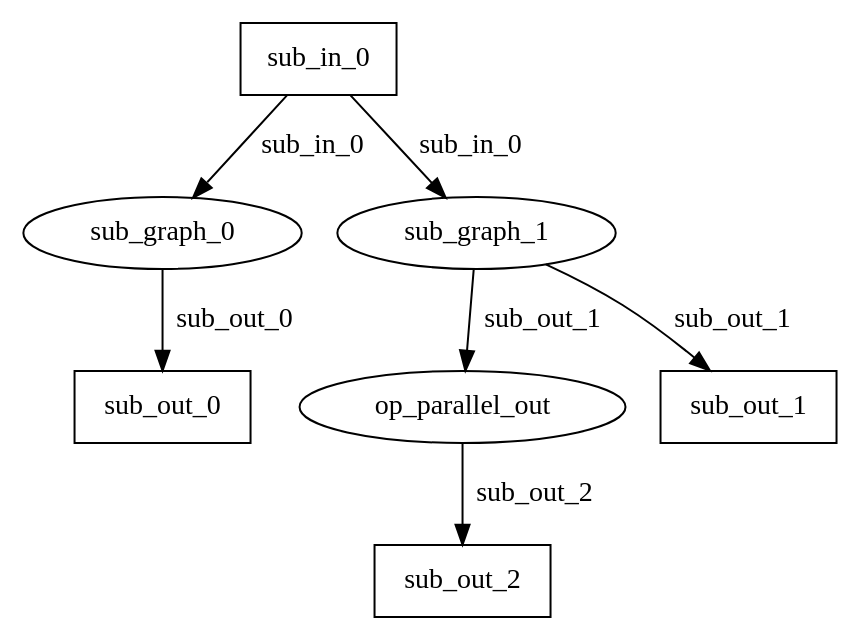
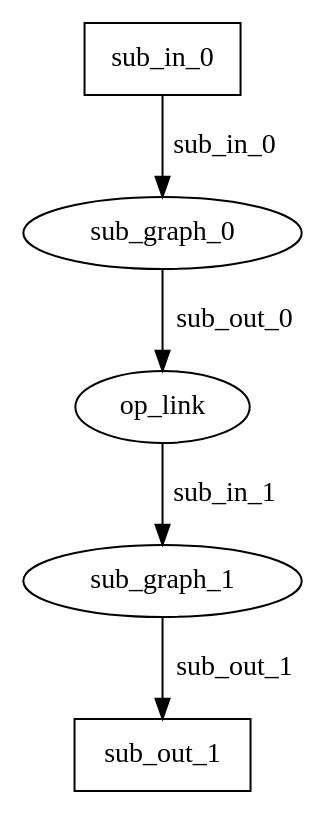
One commit to nndeploy/nndeploy changed the diagram in demo/dag/dag.dot. Above: the diagram before and after it, drawn with Graphviz. The commit also changed 4 other files, not shown here.

```diff
--- a/demo/dag/dag.dot
+++ b/demo/dag/dag.dot
@@ -1,15 +1,11 @@
-digraph par_graph {
-p00000044F238FDE0[shape=box, label=sub_in_0]
-p00000044F238FDE0->p000001A5F88CC2F0[label=sub_in_0]
-p00000044F238FDE0->p000001A5F88CBE10[label=sub_in_0]
-p000001A5F88CC2F0[label=sub_graph_0]
-p000001A5F88CBE10[label=sub_graph_1]
-p000001A5F88CBE10->p000001A5F88F8860[label=sub_out_1]
-p000001A5F88F8860[label=op_parallel_out]
-p00000044F238FE40[shape=box, label=sub_out_0]
-p000001A5F88CC2F0->p00000044F238FE40[label=sub_out_0]
-p00000044F238FDB0[shape=box, label=sub_out_1]
-p000001A5F88CBE10->p00000044F238FDB0[label=sub_out_1]
-p00000044F238FE10[shape=box, label=sub_out_2]
-p000001A5F88F8860->p00000044F238FE10[label=sub_out_2]
+digraph sep_graph {
+p00000084E6EFFDB8[shape=box, label=sub_in_0]
+p00000084E6EFFDB8->p00000201156EA990[label=sub_in_0]
+p00000201156EA990[label=sub_graph_0]
+p00000201156EA990->p0000020115723C10[label=sub_out_0]
+p0000020115723C10[label=op_link]
+p0000020115723C10->p00000201156EE170[label=sub_in_1]
+p00000201156EE170[label=sub_graph_1]
+p00000084E6EFFD88[shape=box, label=sub_out_1]
+p00000201156EE170->p00000084E6EFFD88[label=sub_out_1]
 }
```
